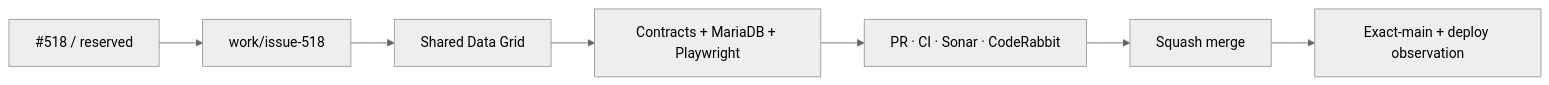
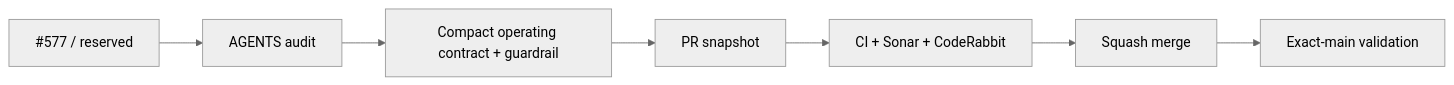
One commit to pl0n3r/brvtal changed the diagram in README.md. Above: the diagram before and after it, drawn with Mermaid (neutral theme). The commit also changed other lines of this file and 2 other files, not shown here.

Commit message:
docs: streamline agent operating contract

````diff
--- a/README.md
+++ b/README.md
@@ -49,9 +49,9 @@
 ```mermaid
 flowchart LR
- I["#518 / reserved"] --> B["work/issue-518"]
- B --> G["Shared Data Grid"]
- G --> T["Contracts + MariaDB + Playwright"]
- T --> P["PR · CI · Sonar · CodeRabbit"]
- P --> M["Squash merge"]
- M --> X["Exact-main + deploy observation"]
+ I["#577 / reserved"] --> A["AGENTS audit"]
+ A --> C["Compact operating contract + guardrail"]
+ C --> P["PR snapshot"]
+ P --> G["CI + Sonar + CodeRabbit"]
+ G --> M["Squash merge"]
+ M --> X["Exact-main validation"]
 ```
````
